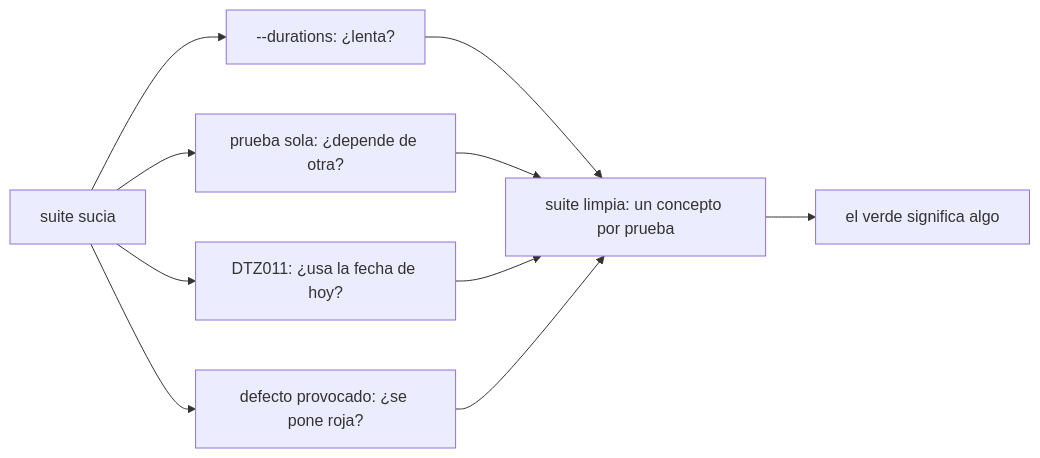
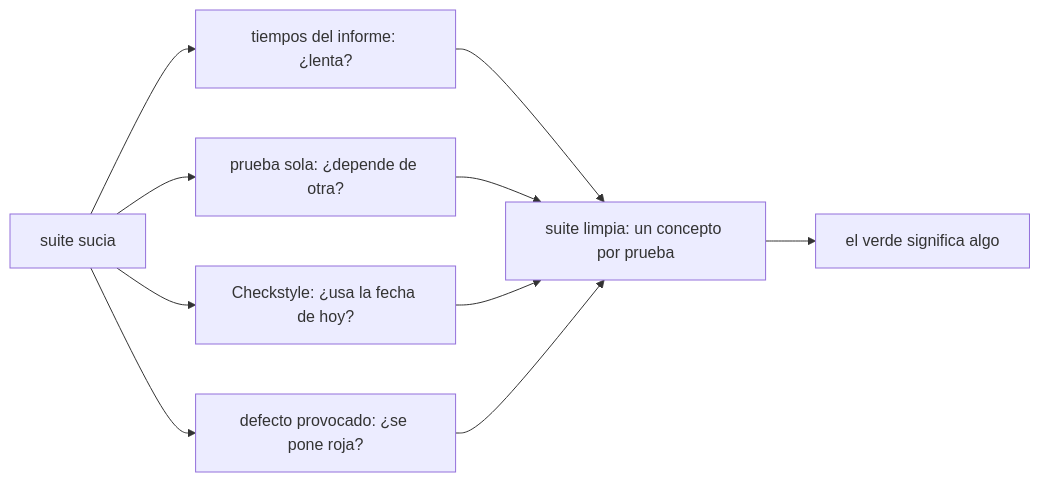
The fourth of 4 diagrams in web/public/content/foundations/modulo-10.md (NICORUIZ93/The_Imperial_Book), drawn with Mermaid before and after one commit. The commit also changed other lines of this file and 1 other file, not shown here.

````diff
--- a/web/public/content/foundations/modulo-10.md
+++ b/web/public/content/foundations/modulo-10.md
@@ -1437,9 +1652,9 @@
 ```mermaid
 flowchart LR
-    S["suite sucia"] --> D1["--durations: ¿lenta?"]
+    S["suite sucia"] --> D1["tiempos del informe: ¿lenta?"]
     S --> D2["prueba sola: ¿depende de otra?"]
-    S --> D3["DTZ011: ¿usa la fecha de hoy?"]
+    S --> D3["Checkstyle: ¿usa la fecha de hoy?"]
     S --> D4["defecto provocado: ¿se pone roja?"]
     D1 & D2 & D3 & D4 --> L["suite limpia: un concepto por prueba"]
     L --> V["el verde significa algo"]
 ```
````
